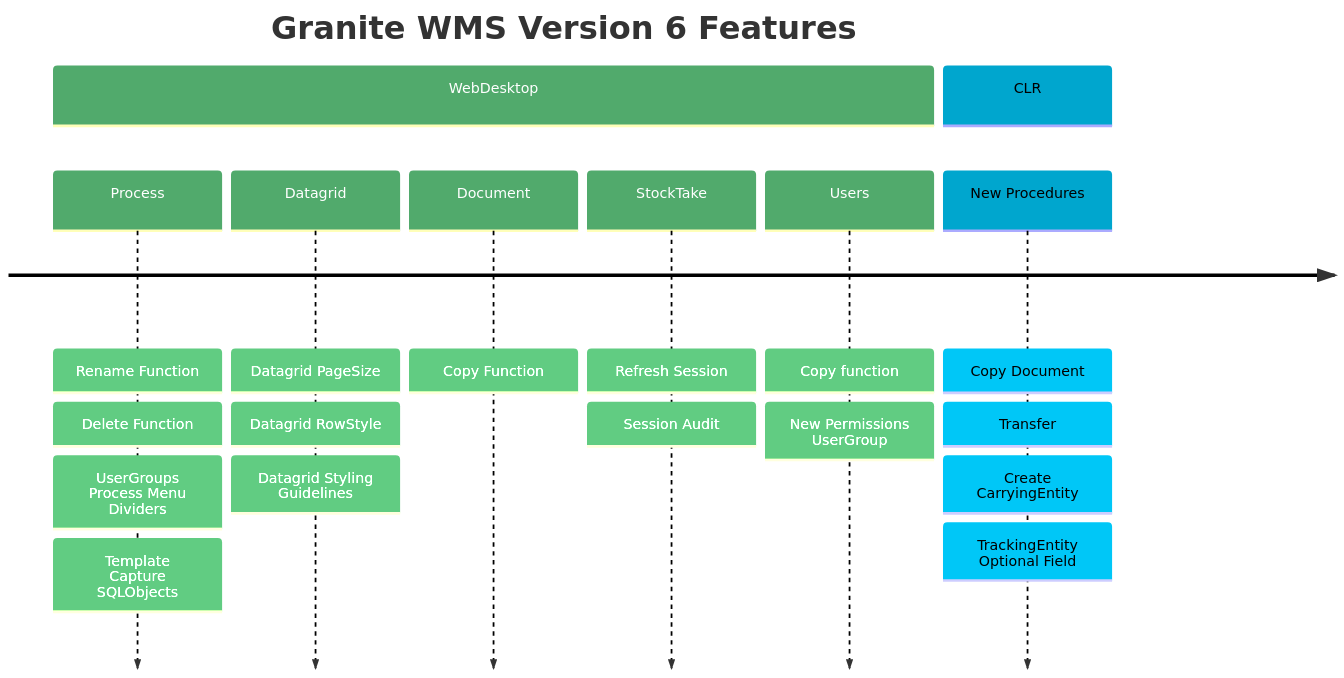
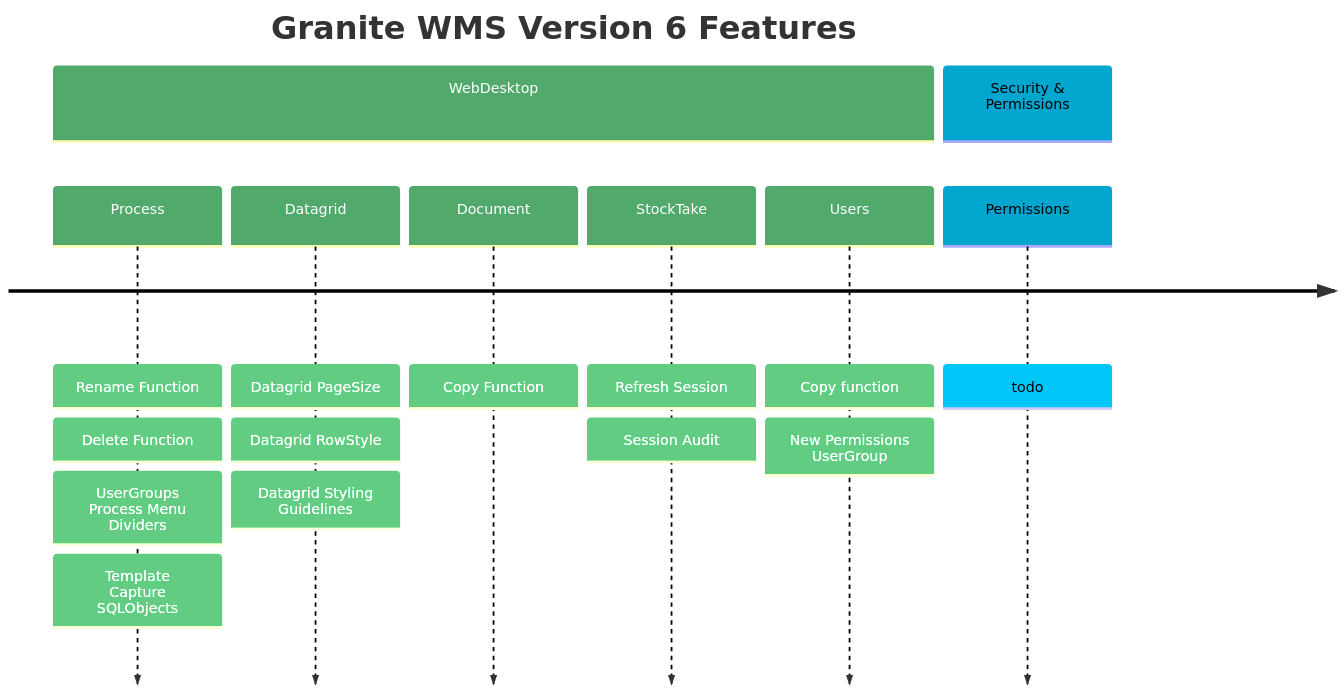
The second of 3 diagrams in docs/updates/V6/cheatsheet.md (GraniteWMS/GraniteDocs), drawn with Mermaid before and after one commit.

Commit message:
maint: changes to cheat sheet

````diff
--- a/docs/updates/V6/cheatsheet.md
+++ b/docs/updates/V6/cheatsheet.md
@@ -40,23 +40,23 @@
 ```mermaid
 %%{init: { 'logLevel': 'debug', 'theme': 'default' , 'themeVariables': {
               'cScale0': '#51AA6C', 'cScaleLabel0': '#ffffff',
               'cScale1': '#00A6CE',
               'cScale2': '#F24C0D', 'cScaleLabel2': '#ffffff'
        } } }%%
     timeline
         title Granite WMS Version 6 Features
 
         section WebDesktop
           Process : Rename Function:  Delete Function:  UserGroups <br> Process Menu Dividers  : Template <br> Capture SQLObjects
 
           Datagrid : Datagrid PageSize : Datagrid RowStyle : Datagrid Styling Guidelines
           
           Document : Copy Function
 
           StockTake : Refresh Session : Session Audit
 
           Users: Copy function : New Permissions <br> UserGroup
 
-         section CLR
-            New Procedures: Copy Document: Transfer: Create CarryingEntity: TrackingEntity Optional Field
+         section Security & Permissions
+          Permissions : todo
 ```
````
